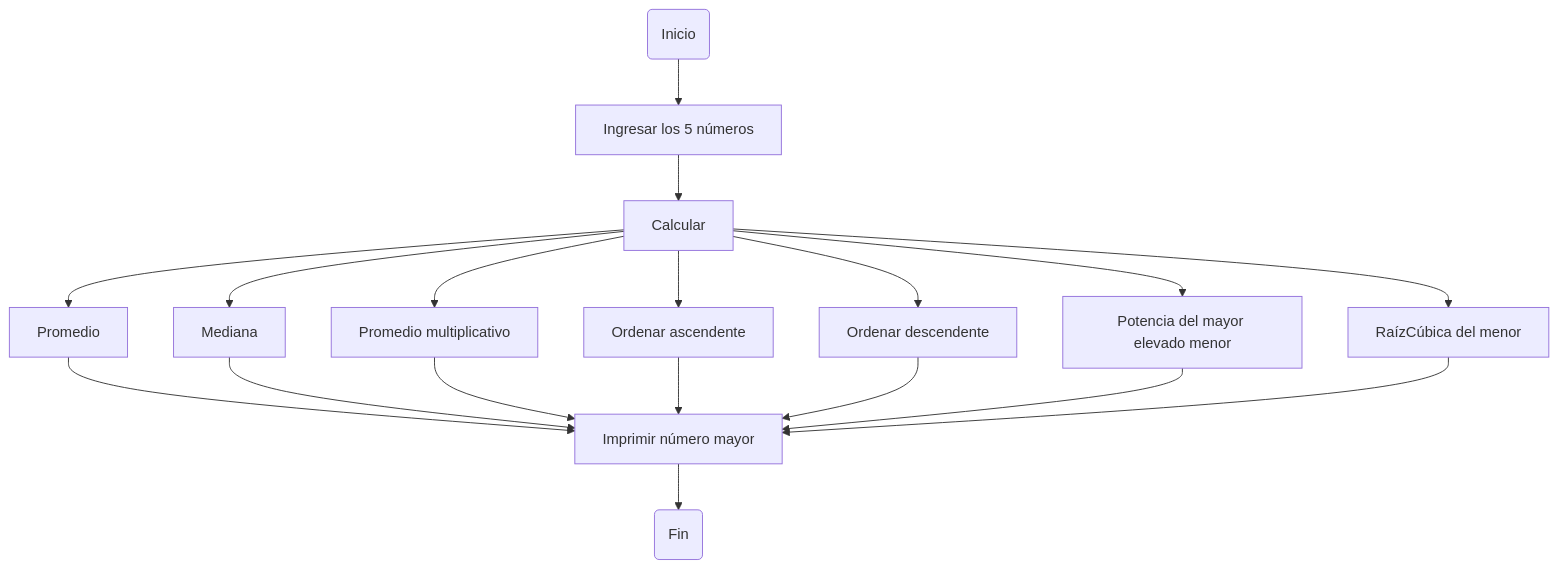
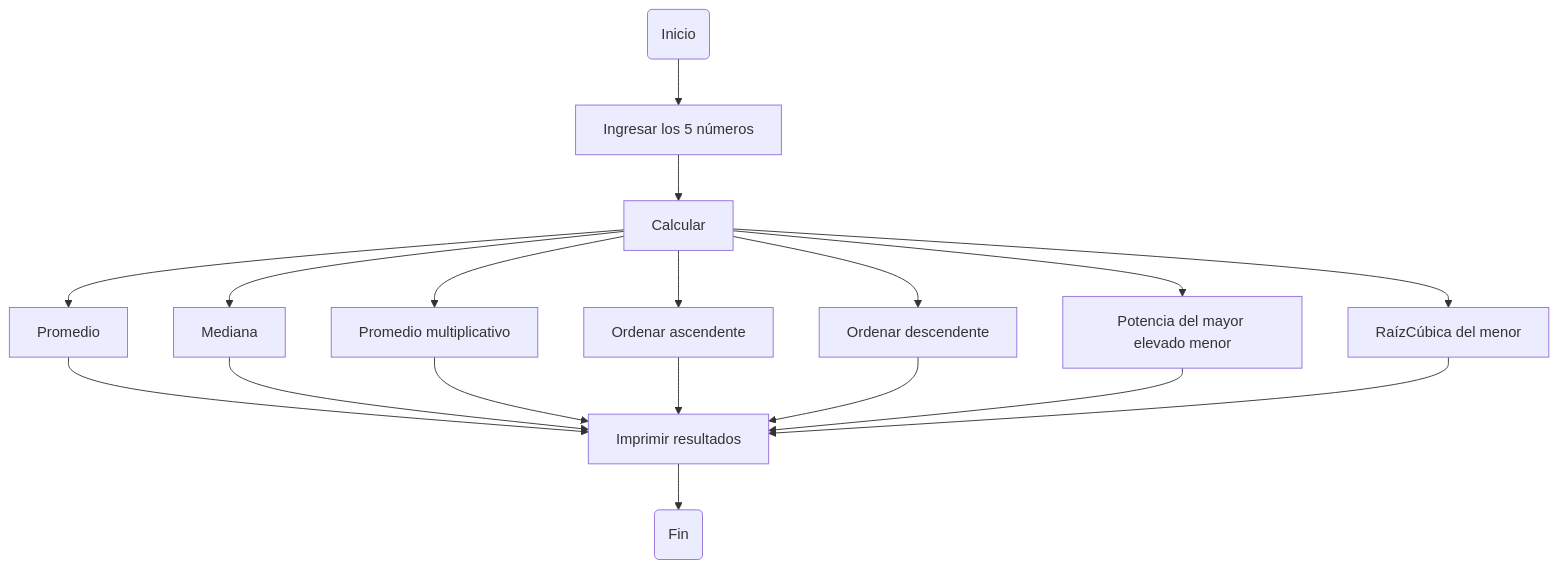
Before and after one commit to jeriosv/taller_1: the third of 3 diagrams in README.md, drawn with Mermaid.

````diff
--- a/README.md
+++ b/README.md
@@ -215,19 +215,19 @@
 ```mermaid
   graph TD;
     A(Inicio) --> B[Ingresar los 5 números]
     B --> C[Calcular]
     C --> D[Promedio] 
     C --> E[Mediana] 
     C --> F[Promedio multiplicativo] 
     C --> G[Ordenar ascendente]
     C --> H[Ordenar descendente]
     C --> I[Potencia del mayor elevado menor]
     C --> J[RaízCúbica del menor]
-    D --> K[Imprimir número mayor] --> L(Fin)
+    D --> K[Imprimir resultados] --> L(Fin)
     E --> K 
     F --> K
     G --> K
     H --> K
     I --> K
     J --> K
 ```
````
